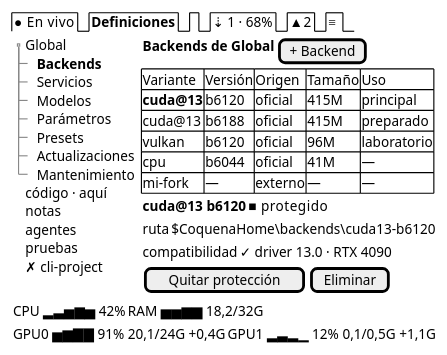
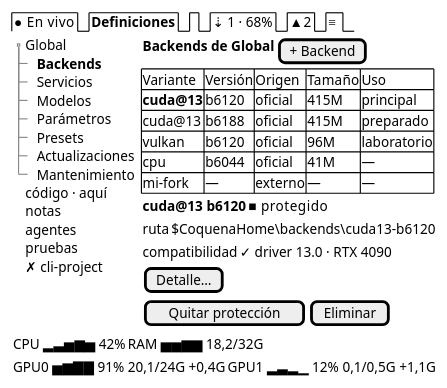
The diagram in docs/design/tui/O-definiciones-backends.salt.puml (mstranich/coquena), drawn with PlantUML before and after one commit. The commit also changed 10 other files, not shown here.

```diff
--- a/docs/design/tui/O-definiciones-backends.salt.puml
+++ b/docs/design/tui/O-definiciones-backends.salt.puml
@@ -1,40 +1,41 @@
 @startsalt
 {
   {/ ● En vivo | <b>Definiciones | . | ⇣ 1 · 68% | ▲ 2 | ≡ }
   {
     {
     {T
       + Global
       ++ <b>Backends
       ++ Servicios
       ++ Modelos
       ++ Parámetros
       ++ Presets
       ++ Actualizaciones
       ++ Mantenimiento
       + código · aquí
       + notas
       + agentes
       + pruebas
       + ✗ cli-project
     }
     } | {
       { <b>Backends de Global | [+ Backend] }
       {#
         Variante | Versión | Origen | Tamaño | Uso
         <b>cuda@13 | b6120 | oficial | 415M | principal
         cuda@13 | b6188 | oficial | 415M | preparado
         vulkan | b6120 | oficial | 96M | laboratorio
         cpu | b6044 | oficial | 41M | —
         mi-fork | — | externo | — | —
       }
       { <b>cuda@13 b6120 | ■ protegido }
       { ruta | $CoquenaHome\backends\cuda13-b6120 }
       { compatibilidad | ✓ driver 13.0 · RTX 4090 }
+      { [Detalle…] }
       { [Quitar protección] | [Eliminar] }
     }
   }
   { CPU ▂▃▅▆▅ 42% | RAM ▅▅▆▆ 18,2/32G }
   { GPU0 ▅▆▇▇ 91% 20,1/24G +0,4G | GPU1 ▂▃▂▁ 12% 0,1/0,5G +1,1G }
 }
 @endsalt
```
